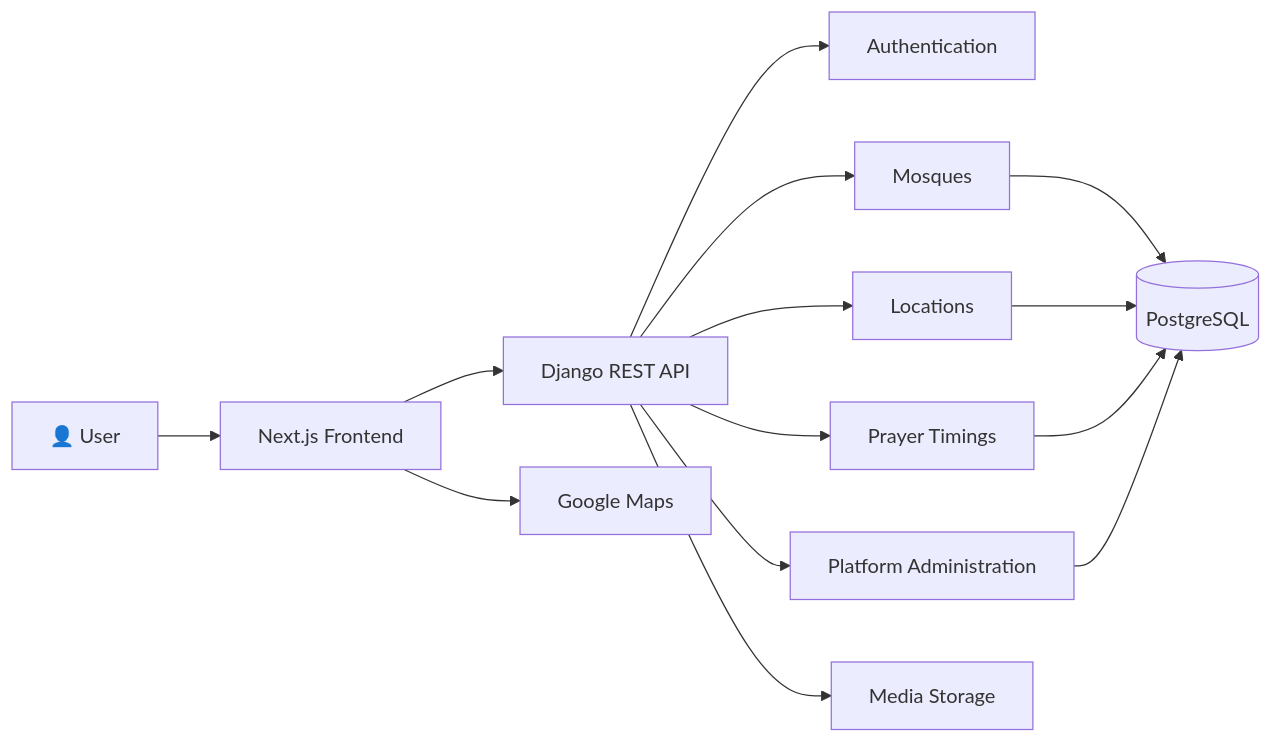
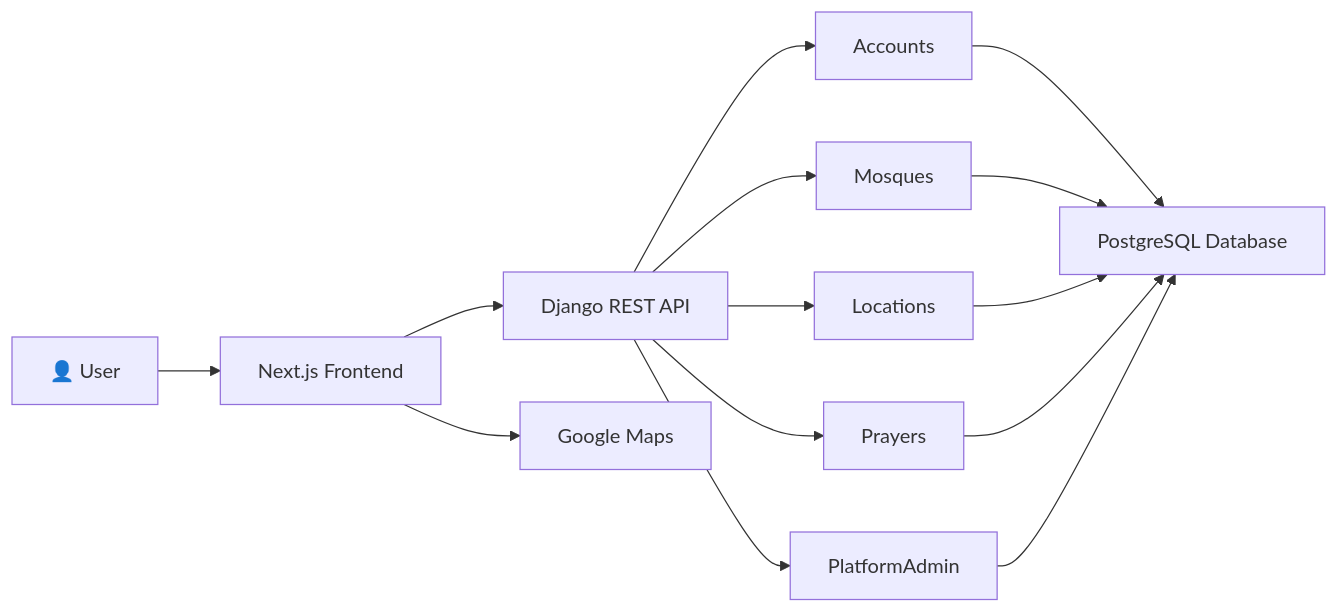
Before and after one commit to Awairit/Mosque-Project: the diagram in README.md, drawn with Mermaid. The commit also changed other lines of this file, not shown here.

````diff
--- a/README.md
+++ b/README.md
@@ -340,23 +219,31 @@
 ```mermaid
 flowchart LR
 
-User["👤 User"] --> FE["Next.js Frontend"]
+User["👤 User"]
 
-FE --> API["Django REST API"]
+User --> Frontend
 
-API --> AUTH["Authentication"]
-API --> MOSQUE["Mosques"]
-API --> LOCATION["Locations"]
-API --> PRAYER["Prayer Timings"]
-API --> ADMIN["Platform Administration"]
+Frontend["Next.js Frontend"]
 
-MOSQUE --> DB[(PostgreSQL)]
-LOCATION --> DB
-PRAYER --> DB
-ADMIN --> DB
+Frontend --> API
 
-API --> STORAGE["Media Storage"]
+API["Django REST API"]
 
-FE --> MAPS["Google Maps"]
+API --> Accounts
+API --> Mosques
+API --> Locations
+API --> Prayers
+API --> PlatformAdmin
 
+Accounts --> PostgreSQL
+Mosques --> PostgreSQL
+Locations --> PostgreSQL
+Prayers --> PostgreSQL
+PlatformAdmin --> PostgreSQL
+
+Frontend --> Maps
+
+Maps["Google Maps"]
+
+PostgreSQL["PostgreSQL Database"]
 ```
````
